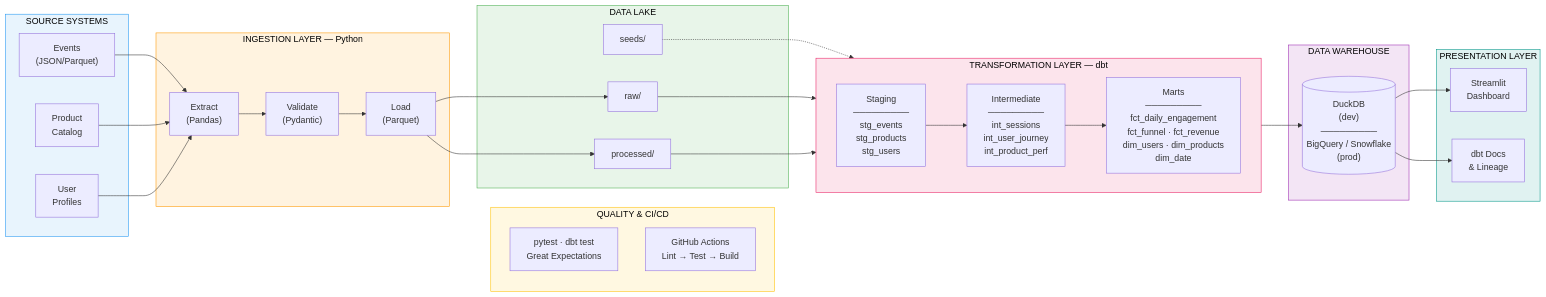
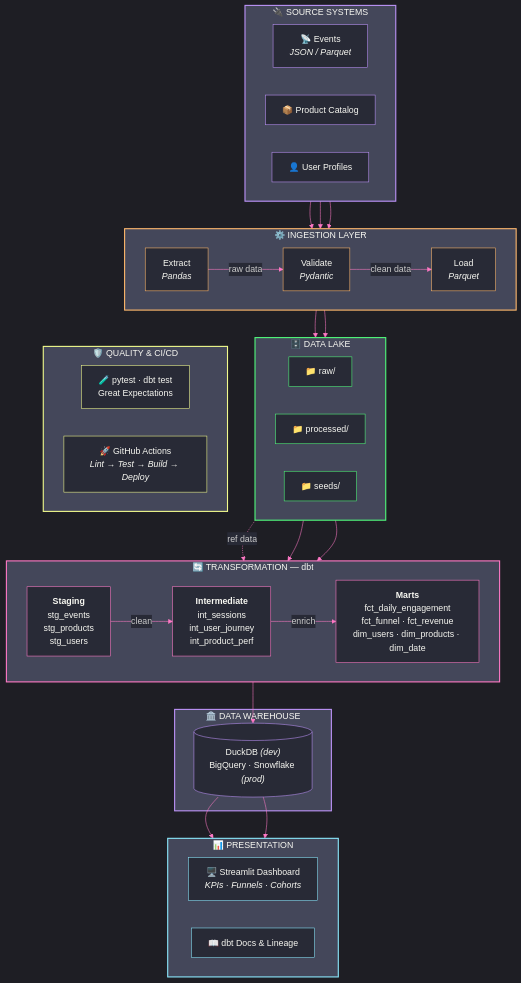
One commit to dineshpalli/ecommerce-analytics-pipeline changed the diagram in README.md. Above: the diagram before and after it, drawn with Mermaid.

Commit message:
Enhances architecture diagram visual design
Updates the Mermaid flowchart with a themed dark mode and improved Top-Bottom layout.

Adds descriptive icons, edge labels, and refined styling to better illustrate the data flow and component responsibilities within the analytics pipeline.

````diff
--- a/README.md
+++ b/README.md
@@ -22,44 +22,51 @@
 ```mermaid
-flowchart LR
-    subgraph Sources ["SOURCE SYSTEMS"]
-        E["Events\n(JSON/Parquet)"]
-        P["Product\nCatalog"]
-        U["User\nProfiles"]
+%%{init: {'theme': 'dark', 'themeVariables': { 'primaryColor': '#bd93f9', 'primaryTextColor': '#f8f8f2', 'primaryBorderColor': '#6272a4', 'lineColor': '#ff79c6', 'secondaryColor': '#44475a', 'tertiaryColor': '#282a36', 'background': '#282a36', 'mainBkg': '#282a36', 'nodeBorder': '#6272a4', 'clusterBkg': '#44475a', 'clusterBorder': '#6272a4', 'titleColor': '#f8f8f2', 'edgeLabelBackground': '#282a36'}}}%%
+
+flowchart TB
+    subgraph Sources [" 🔌 SOURCE SYSTEMS"]
+        direction LR
+        E["📡 Events<br/><i>JSON / Parquet</i>"]
+        P["📦 Product Catalog"]
+        U["👤 User Profiles"]
     end
 
-    subgraph Ingestion ["INGESTION LAYER — Python"]
-        EX["Extract\n(Pandas)"]
-        VA["Validate\n(Pydantic)"]
-        LO["Load\n(Parquet)"]
-        EX --> VA --> LO
+    subgraph Ingestion [" ⚙️ INGESTION LAYER"]
+        direction LR
+        EX["Extract<br/><i>Pandas</i>"]
+        VA["Validate<br/><i>Pydantic</i>"]
+        LO["Load<br/><i>Parquet</i>"]
+        EX -->|"raw data"| VA -->|"clean data"| LO
     end
 
-    subgraph Storage ["DATA LAKE"]
-        RAW["raw/"]
-        PROC["processed/"]
-        SEED["seeds/"]
+    subgraph Storage [" 🗄️ DATA LAKE"]
+        direction LR
+        RAW["📁 raw/"]
+        PROC["📁 processed/"]
+        SEED["📁 seeds/"]
     end
 
-    subgraph dbt ["TRANSFORMATION LAYER — dbt"]
+    subgraph Transform [" 🔄 TRANSFORMATION — dbt"]
         direction LR
-        STG["Staging\n─────────\nstg_events\nstg_products\nstg_users"]
-        INT["Intermediate\n─────────\nint_sessions\nint_user_journey\nint_product_perf"]
-        MART["Marts\n─────────\nfct_daily_engagement\nfct_funnel · fct_revenue\ndim_users · dim_products\ndim_date"]
-        STG --> INT --> MART
+        STG["<b>Staging</b><br/>stg_events<br/>stg_products<br/>stg_users"]
+        INT["<b>Intermediate</b><br/>int_sessions<br/>int_user_journey<br/>int_product_perf"]
+        MART["<b>Marts</b><br/>fct_daily_engagement<br/>fct_funnel · fct_revenue<br/>dim_users · dim_products · dim_date"]
+        STG -->|"clean"| INT -->|"enrich"| MART
     end
 
-    subgraph DWH ["DATA WAREHOUSE"]
-        DB[("DuckDB\n(dev)\n─────────\nBigQuery / Snowflake\n(prod)")]
+    subgraph Warehouse [" 🏛️ DATA WAREHOUSE"]
+        DB[("DuckDB <i>(dev)</i><br/>BigQuery · Snowflake <i>(prod)</i>")]
     end
 
-    subgraph Presentation ["PRESENTATION LAYER"]
-        DASH["Streamlit\nDashboard"]
-        DOCS["dbt Docs\n& Lineage"]
+    subgraph Serve [" 📊 PRESENTATION"]
+        direction LR
+        DASH["🖥️ Streamlit Dashboard<br/><i>KPIs · Funnels · Cohorts</i>"]
+        DOCS["📖 dbt Docs & Lineage"]
     end
 
-    subgraph QA ["QUALITY & CI/CD"]
-        TESTS["pytest · dbt test\nGreat Expectations"]
-        CI["GitHub Actions\nLint → Test → Build"]
+    subgraph Quality [" 🛡️ QUALITY & CI/CD"]
+        direction LR
+        TESTS["🧪 pytest · dbt test<br/>Great Expectations"]
+        CI["🚀 GitHub Actions<br/><i>Lint → Test → Build → Deploy</i>"]
     end
 
     E --> EX
@@ -67,19 +74,37 @@
     U --> EX
     LO --> RAW
     LO --> PROC
-    SEED -.-> STG
+    SEED -.->|"ref data"| STG
     RAW --> STG
     PROC --> STG
     MART --> DB
     DB --> DASH
     DB --> DOCS
-    QA ~~~ dbt
+    Quality ~~~ Transform
 
-    style Sources fill:#e8f4fd,stroke:#2196F3,color:#000
-    style Ingestion fill:#fff3e0,stroke:#FF9800,color:#000
-    style Storage fill:#e8f5e9,stroke:#4CAF50,color:#000
-    style dbt fill:#fce4ec,stroke:#E91E63,color:#000
-    style DWH fill:#f3e5f5,stroke:#9C27B0,color:#000
-    style Presentation fill:#e0f2f1,stroke:#009688,color:#000
-    style QA fill:#fff8e1,stroke:#FFC107,color:#000
+    style Sources fill:#44475a,stroke:#bd93f9,stroke-width:2px,color:#f8f8f2
+    style Ingestion fill:#44475a,stroke:#ffb86c,stroke-width:2px,color:#f8f8f2
+    style Storage fill:#44475a,stroke:#50fa7b,stroke-width:2px,color:#f8f8f2
+    style Transform fill:#44475a,stroke:#ff79c6,stroke-width:2px,color:#f8f8f2
+    style Warehouse fill:#44475a,stroke:#bd93f9,stroke-width:2px,color:#f8f8f2
+    style Serve fill:#44475a,stroke:#8be9fd,stroke-width:2px,color:#f8f8f2
+    style Quality fill:#44475a,stroke:#f1fa8c,stroke-width:2px,color:#f8f8f2
+
+    style E fill:#282a36,stroke:#bd93f9,color:#f8f8f2
+    style P fill:#282a36,stroke:#bd93f9,color:#f8f8f2
+    style U fill:#282a36,stroke:#bd93f9,color:#f8f8f2
+    style EX fill:#282a36,stroke:#ffb86c,color:#f8f8f2
+    style VA fill:#282a36,stroke:#ffb86c,color:#f8f8f2
+    style LO fill:#282a36,stroke:#ffb86c,color:#f8f8f2
+    style RAW fill:#282a36,stroke:#50fa7b,color:#f8f8f2
+    style PROC fill:#282a36,stroke:#50fa7b,color:#f8f8f2
+    style SEED fill:#282a36,stroke:#50fa7b,color:#f8f8f2
+    style STG fill:#282a36,stroke:#ff79c6,color:#f8f8f2
+    style INT fill:#282a36,stroke:#ff79c6,color:#f8f8f2
+    style MART fill:#282a36,stroke:#ff79c6,color:#f8f8f2
+    style DB fill:#282a36,stroke:#bd93f9,color:#f8f8f2
+    style DASH fill:#282a36,stroke:#8be9fd,color:#f8f8f2
+    style DOCS fill:#282a36,stroke:#8be9fd,color:#f8f8f2
+    style TESTS fill:#282a36,stroke:#f1fa8c,color:#f8f8f2
+    style CI fill:#282a36,stroke:#f1fa8c,color:#f8f8f2
 ```
````
